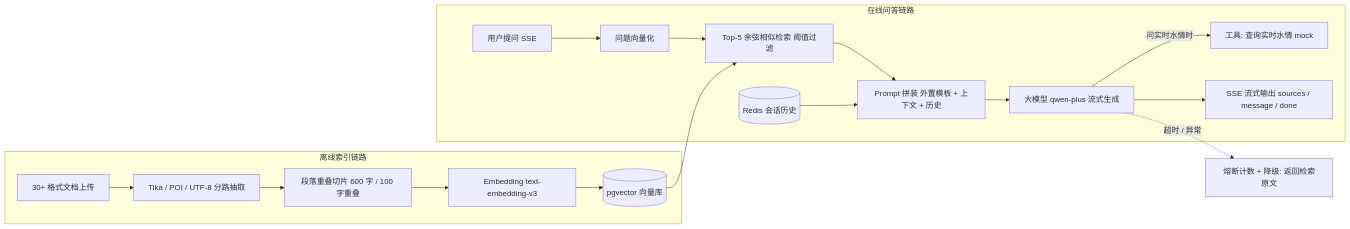
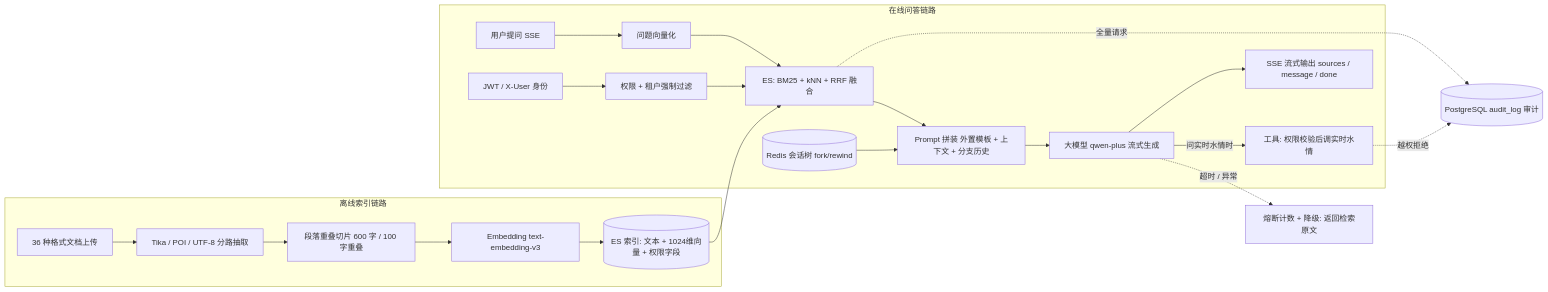
The diagram in README.md (JOYLIN7777/water-rag-demo), drawn with Mermaid before and after one commit. The commit also changed other lines of this file, not shown here.

Commit message:
docs: README全面更新——ES混合检索/行级权限/多租户/模型可插拔/会话树/认证工具权限审计，附企业能力现场演示表

````diff
--- a/README.md
+++ b/README.md
@@ -17,22 +20,26 @@
 ```mermaid
 flowchart LR
     subgraph offline [离线索引链路]
-        A[30+ 格式文档上传] --> B[Tika / POI / UTF-8 分路抽取]
+        A[36 种格式文档上传] --> B[Tika / POI / UTF-8 分路抽取]
         B --> C[段落重叠切片 600 字 / 100 字重叠]
         C --> D[Embedding text-embedding-v3]
-        D --> E[(pgvector 向量库)]
+        D --> E[(ES 索引: 文本 + 1024维向量 + 权限字段)]
     end
 
     subgraph online [在线问答链路]
+        AUTH[JWT / X-User 身份] --> G[权限 + 租户强制过滤]
         Q[用户提问 SSE] --> V[问题向量化]
-        V --> S[Top-5 余弦相似检索 阈值过滤]
-        S --> P[Prompt 拼装 外置模板 + 上下文 + 历史]
-        H[(Redis 会话历史)] --> P
+        V --> S[ES: BM25 + kNN + RRF 融合]
+        G --> S
+        S --> P[Prompt 拼装 外置模板 + 上下文 + 分支历史]
+        H[(Redis 会话树 fork/rewind)] --> P
         P --> LLM[大模型 qwen-plus 流式生成]
-        LLM -->|问实时水情时| T[工具: 查询实时水情 mock]
+        LLM -->|问实时水情时| T[工具: 权限校验后调实时水情]
         LLM --> O[SSE 流式输出 sources / message / done]
     end
 
+    S -. 全量请求 .-> AUDIT[(PostgreSQL audit_log 审计)]
+    T -. 越权拒绝 .-> AUDIT
     LLM -. 超时 / 异常 .-> F[熔断计数 + 降级: 返回检索原文]
     E --> S
 ```
````
